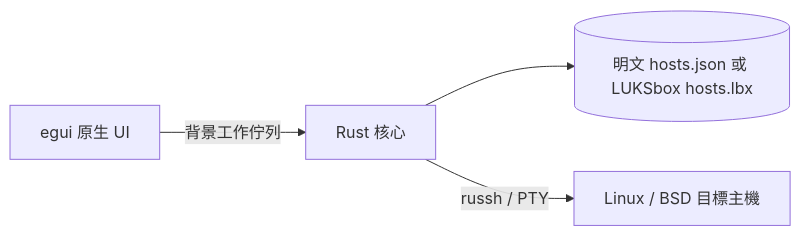
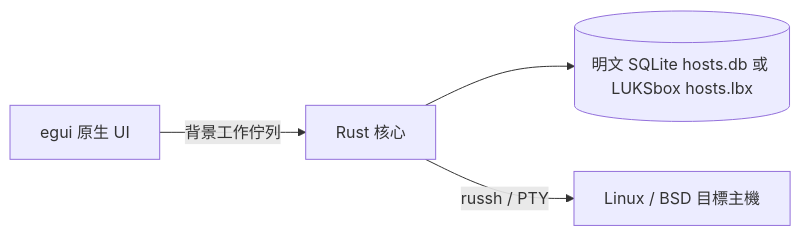
The diagram in docs/architecture.md (Sparxilium-Network/MISF-Management-Terminal), drawn with Mermaid before and after one commit. The commit also changed other lines of this file and 16 other files, not shown here.

First line of the commit message:
Store hosts in SQLite with a schema version slot and hardened open

````diff
--- a/docs/architecture.md
+++ b/docs/architecture.md
@@ -9,6 +9,6 @@
 ```mermaid
 flowchart LR
     UI[egui 原生 UI] -->|背景工作佇列| Core[Rust 核心]
-    Core --> Store[(明文 hosts.json 或 LUKSbox hosts.lbx)]
+    Core --> Store[(明文 SQLite hosts.db 或 LUKSbox hosts.lbx)]
     Core -->|russh / PTY| Host[Linux / BSD 目標主機]
 ```
````
